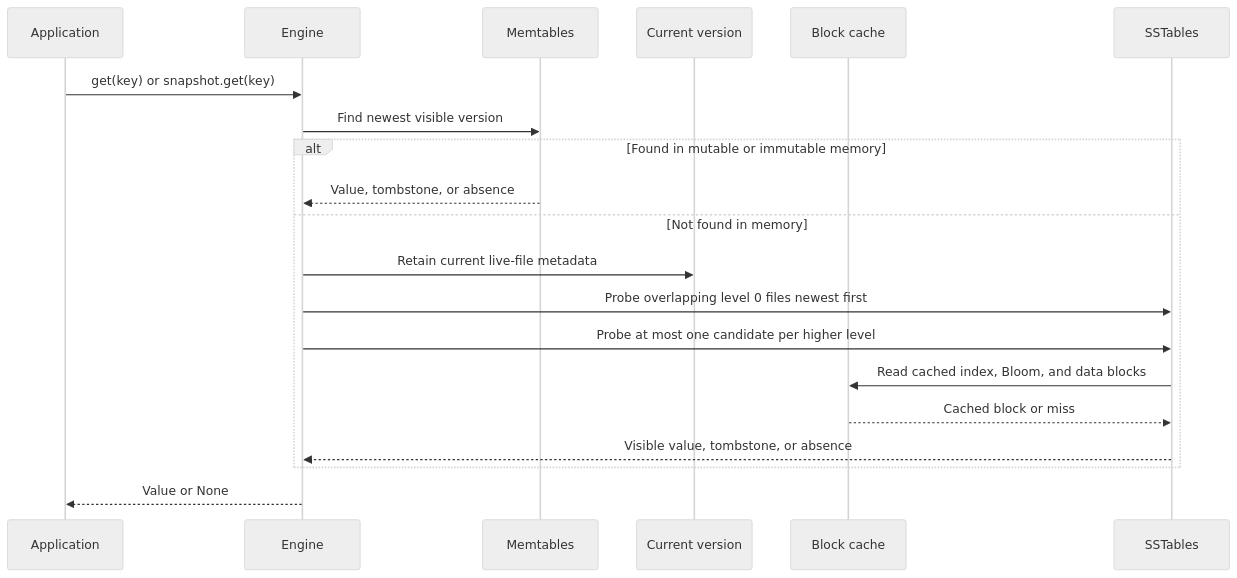
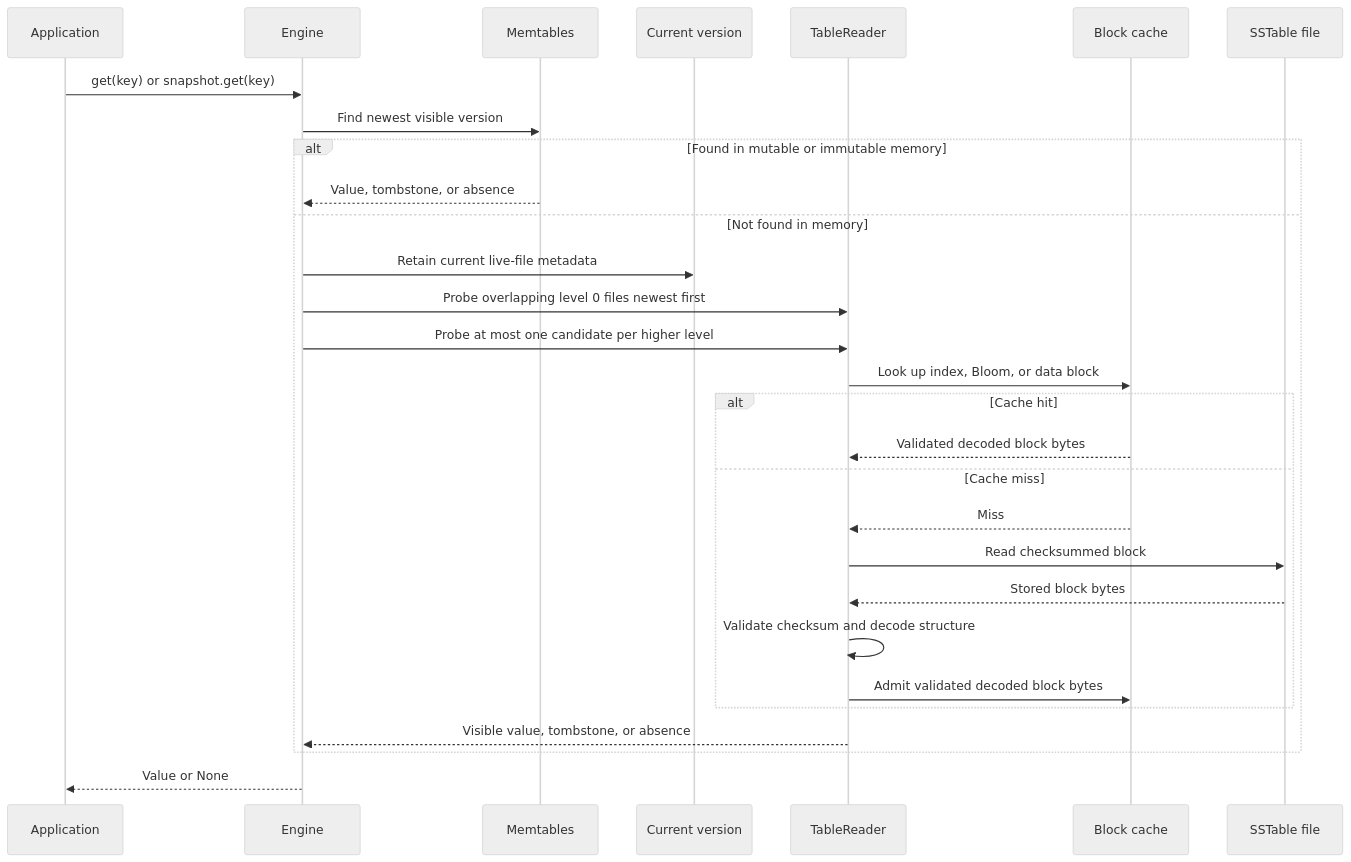
The third of 3 diagrams in docs/architecture.md (shresthhh/MeteorDB), drawn with Mermaid (neutral theme) before and after one commit. The commit also changed other lines of this file and 2 other files, not shown here.

Commit message:
docs: correct recovery and cache architecture

````diff
--- a/docs/architecture.md
+++ b/docs/architecture.md
@@ -94,23 +102,32 @@
 ```mermaid
 sequenceDiagram
     participant A as Application
     participant E as Engine
     participant M as Memtables
     participant V as Current version
+    participant T as TableReader
     participant C as Block cache
-    participant S as SSTables
+    participant S as SSTable file
 
     A->>E: get(key) or snapshot.get(key)
     E->>M: Find newest visible version
     alt Found in mutable or immutable memory
         M-->>E: Value, tombstone, or absence
     else Not found in memory
         E->>V: Retain current live-file metadata
-        E->>S: Probe overlapping level 0 files newest first
-        E->>S: Probe at most one candidate per higher level
-        S->>C: Read cached index, Bloom, and data blocks
-        C-->>S: Cached block or miss
-        S-->>E: Visible value, tombstone, or absence
+        E->>T: Probe overlapping level 0 files newest first
+        E->>T: Probe at most one candidate per higher level
+        T->>C: Look up index, Bloom, or data block
+        alt Cache hit
+            C-->>T: Validated decoded block bytes
+        else Cache miss
+            C-->>T: Miss
+            T->>S: Read checksummed block
+            S-->>T: Stored block bytes
+            T->>T: Validate checksum and decode structure
+            T->>C: Admit validated decoded block bytes
+        end
+        T-->>E: Visible value, tombstone, or absence
     end
     E-->>A: Value or None
 ```
````
